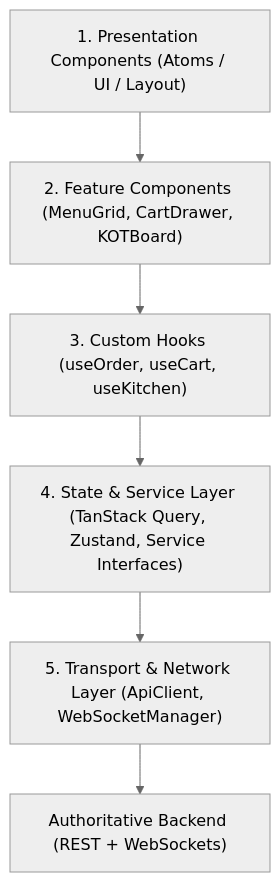
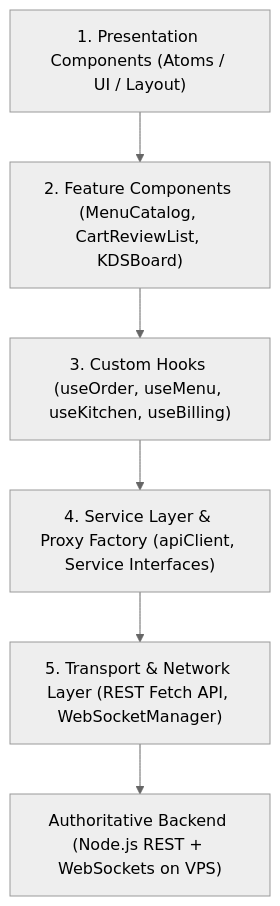
One commit to 02falgun/Sculpx-E-billing changed the diagram in docs/FRONTEND_ARCHITECTURE.md. Above: the diagram before and after it, drawn with Mermaid (neutral theme). The commit also changed other lines of this file and 61 other files, not shown here.

Commit message:
feat(api): complete frontend API readiness audit, contract types, and backend handover documentation

````diff
--- a/docs/FRONTEND_ARCHITECTURE.md
+++ b/docs/FRONTEND_ARCHITECTURE.md
@@ -7,15 +12,15 @@
 ```mermaid
 graph TD
     UI["1. Presentation Components (Atoms / UI / Layout)"]
-    Features["2. Feature Components (MenuGrid, CartDrawer, KOTBoard)"]
-    Hooks["3. Custom Hooks (useOrder, useCart, useKitchen)"]
-    StateService["4. State & Service Layer (TanStack Query, Zustand, Service Interfaces)"]
-    Transport["5. Transport & Network Layer (ApiClient, WebSocketManager)"]
-    Backend["Authoritative Backend (REST + WebSockets)"]
+    Features["2. Feature Components (MenuCatalog, CartReviewList, KDSBoard)"]
+    Hooks["3. Custom Hooks (useOrder, useMenu, useKitchen, useBilling)"]
+    StateService["4. Service Layer & Proxy Factory (apiClient, Service Interfaces)"]
+    Transport["5. Transport & Network Layer (REST Fetch API, WebSocketManager)"]
+    Backend["Authoritative Backend (Node.js REST + WebSockets on VPS)"]
 
     UI --> Features
     Features --> Hooks
     Hooks --> StateService
     StateService --> Transport
     Transport --> Backend
 ```
````
